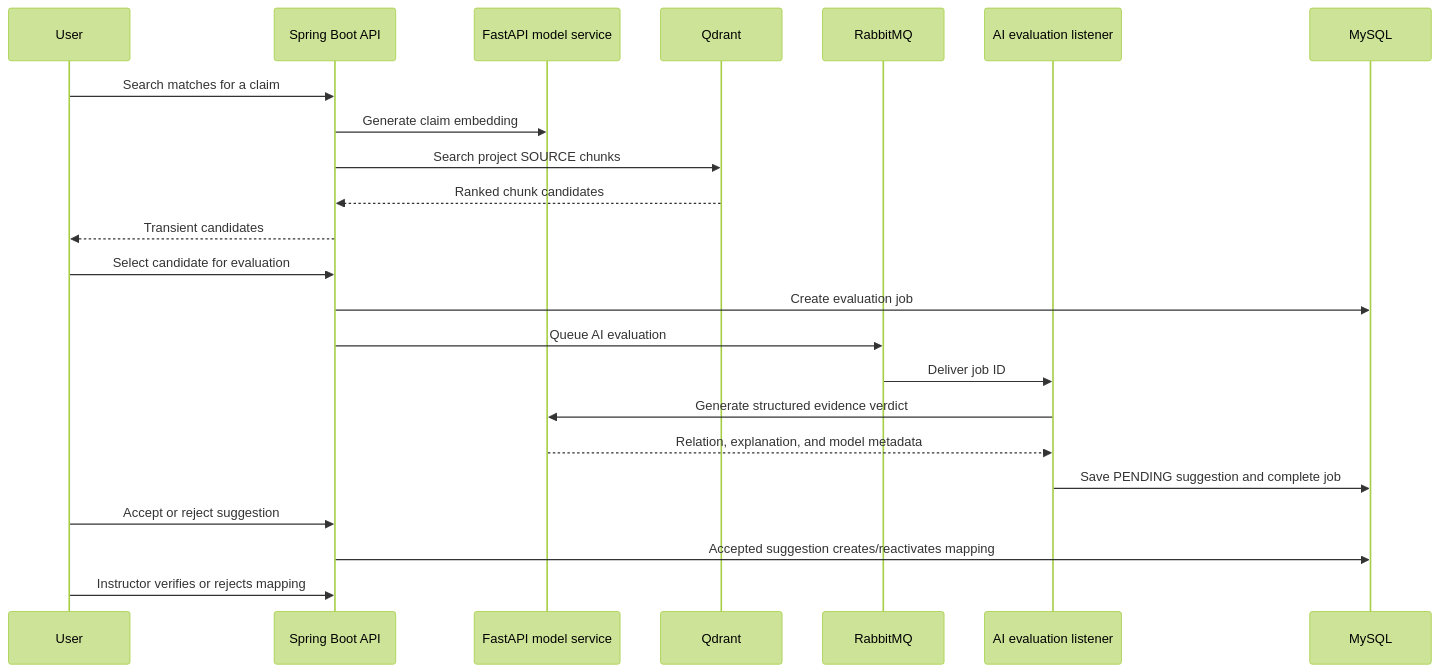
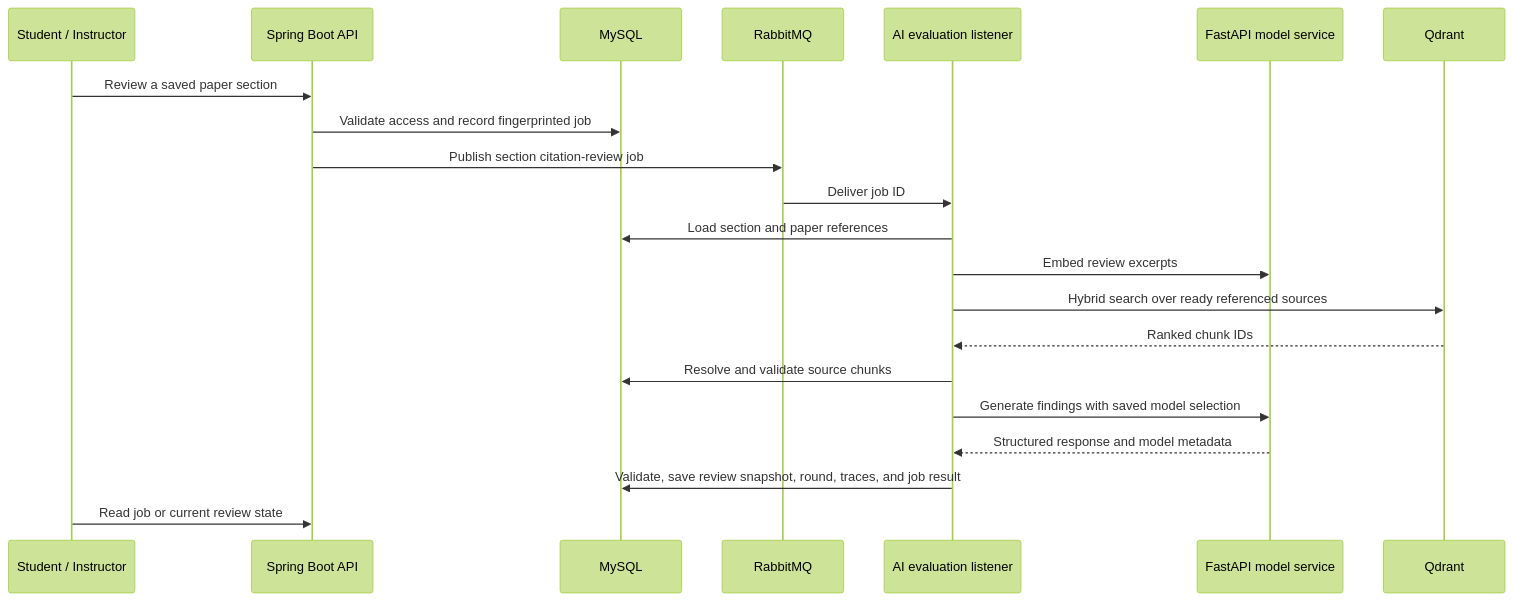
The fourth of 6 diagrams in System-Architecture.md (MinhKien17/SEP490_EvidencePilot), drawn with Mermaid (forest theme) before and after one commit. The commit also changed other lines of this file and 1 other file, not shown here.

Commit message:
feat: update README and System Architecture documentation with project lifecycle, AI configuration, and deletion management details

````diff
--- a/System-Architecture.md
+++ b/System-Architecture.md
@@ -164,26 +172,24 @@
 ```mermaid
 sequenceDiagram
-    participant User
+    participant User as Student / Instructor
     participant API as Spring Boot API
+    participant DB as MySQL
+    participant MQ as RabbitMQ
+    participant Worker as AI evaluation listener
     participant Model as FastAPI model service
     participant Vector as Qdrant
-    participant MQ as RabbitMQ
-    participant Worker as AI evaluation listener
-    participant DB as MySQL
 
-    User->>API: Search matches for a claim
-    API->>Model: Generate claim embedding
-    API->>Vector: Search project SOURCE chunks
-    Vector-->>API: Ranked chunk candidates
-    API-->>User: Transient candidates
-    User->>API: Select candidate for evaluation
-    API->>DB: Create evaluation job
-    API->>MQ: Queue AI evaluation
+    User->>API: Review a saved paper section
+    API->>DB: Validate access and record fingerprinted job
+    API->>MQ: Publish section citation-review job
     MQ->>Worker: Deliver job ID
-    Worker->>Model: Generate structured evidence verdict
-    Model-->>Worker: Relation, explanation, and model metadata
-    Worker->>DB: Save PENDING suggestion and complete job
-    User->>API: Accept or reject suggestion
-    API->>DB: Accepted suggestion creates/reactivates mapping
-    User->>API: Instructor verifies or rejects mapping
+    Worker->>DB: Load section and paper references
+    Worker->>Model: Embed review excerpts
+    Worker->>Vector: Hybrid search over ready referenced sources
+    Vector-->>Worker: Ranked chunk IDs
+    Worker->>DB: Resolve and validate source chunks
+    Worker->>Model: Generate findings with saved model selection
+    Model-->>Worker: Structured response and model metadata
+    Worker->>DB: Validate, save review snapshot, round, traces, and job result
+    User->>API: Read job or current review state
 ```
````
